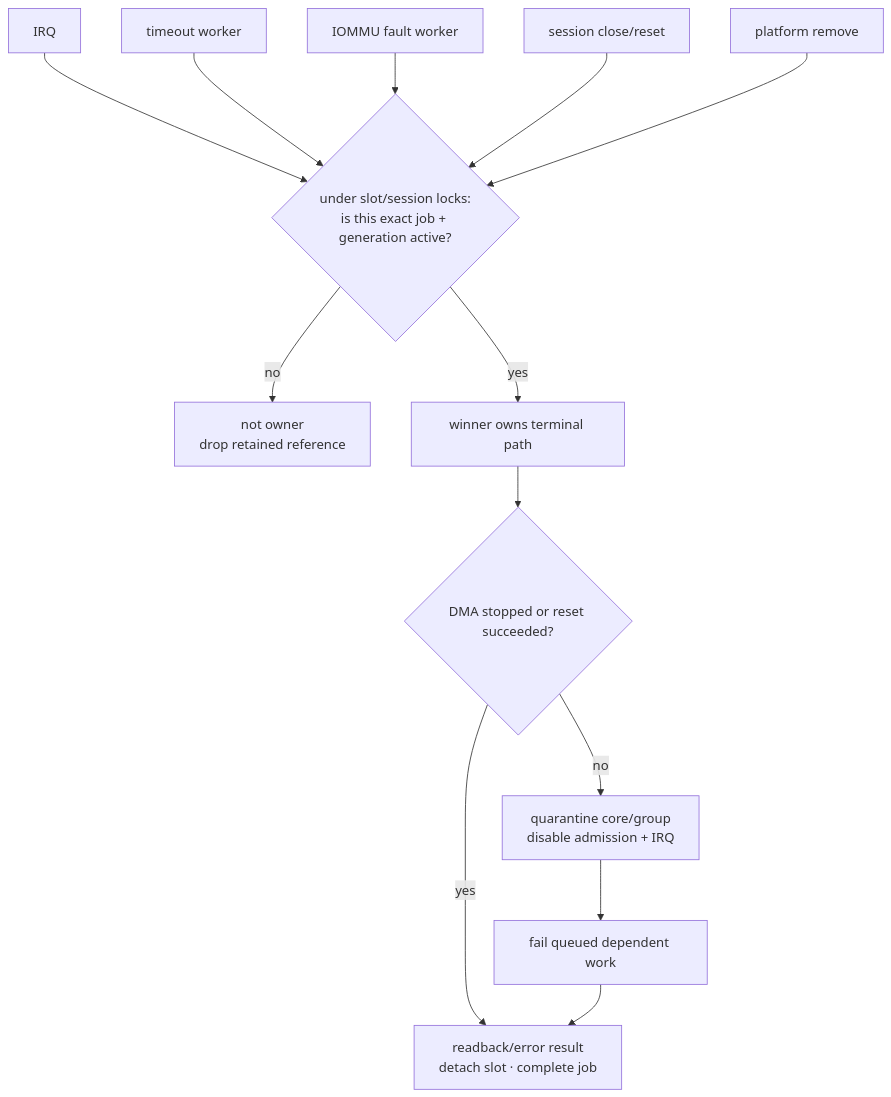
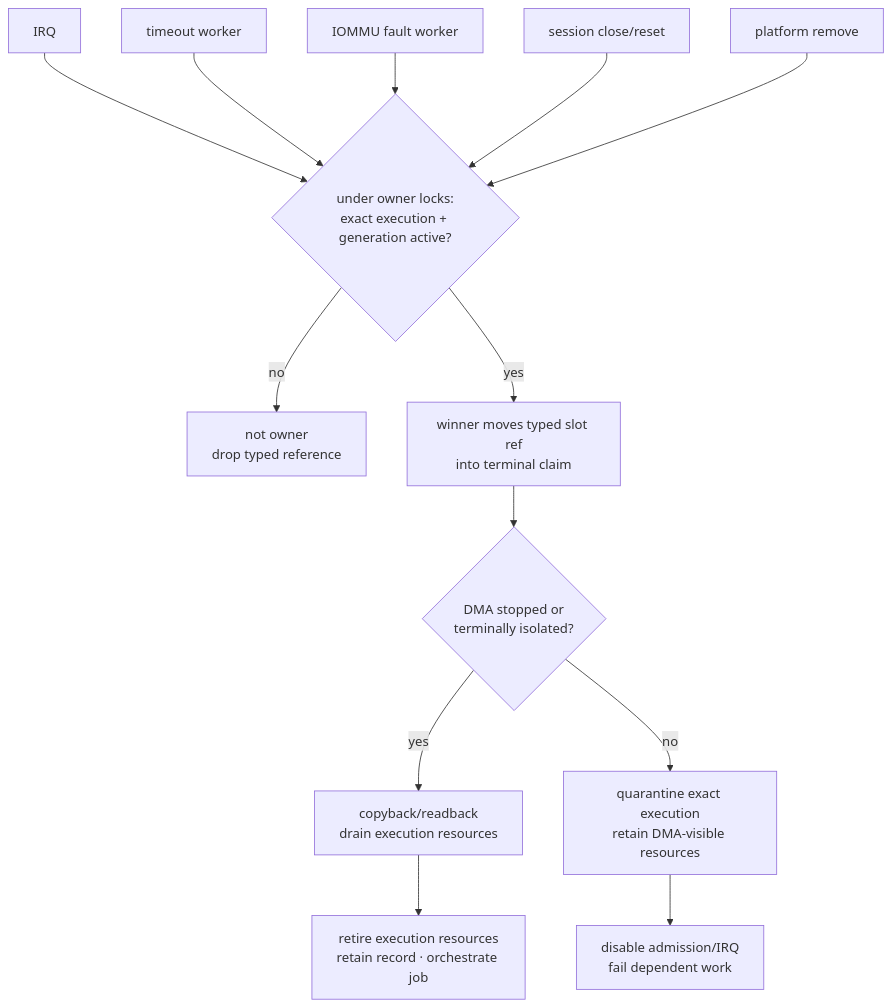
The tenth of 13 diagrams in kernel-drivers/docs/driver-architecture-comparison.md (yisding/rock-5b-ysp), drawn with Mermaid before and after one commit. The commit also changed other lines of this file and 13 other files, not shown here.

````diff
--- a/kernel-drivers/docs/driver-architecture-comparison.md
+++ b/kernel-drivers/docs/driver-architecture-comparison.md
@@ -442,25 +464,26 @@
 ```mermaid
 flowchart TB
   irq["IRQ"]
   timeout["timeout worker"]
   fault["IOMMU fault worker"]
   close["session close/reset"]
   remove["platform remove"]
-  claim{"under slot/session locks:<br/>is this exact job + generation active?"}
-  lose["not owner<br/>drop retained reference"]
-  win["winner owns terminal path"]
-  stop{"DMA stopped or reset succeeded?"}
-  finish["readback/error result<br/>detach slot · complete job"]
-  isolate["quarantine core/group<br/>disable admission + IRQ"]
-  drain["fail queued dependent work"]
+  claim{"under owner locks:<br/>exact execution + generation active?"}
+  lose["not owner<br/>drop typed reference"]
+  win["winner moves typed slot ref<br/>into terminal claim"]
+  stop{"DMA stopped or<br/>terminally isolated?"}
+  retire["copyback/readback<br/>drain execution resources"]
+  finish["retire execution resources<br/>retain record · orchestrate job"]
+  isolate["quarantine exact execution<br/>retain DMA-visible resources"]
+  drain["disable admission/IRQ<br/>fail dependent work"]
 
   irq --> claim
   timeout --> claim
   fault --> claim
   close --> claim
   remove --> claim
   claim -->|no| lose
   claim -->|yes| win --> stop
-  stop -->|yes| finish
-  stop -->|no| isolate --> drain --> finish
+  stop -->|yes| retire --> finish
+  stop -->|no| isolate --> drain
 ```
````
